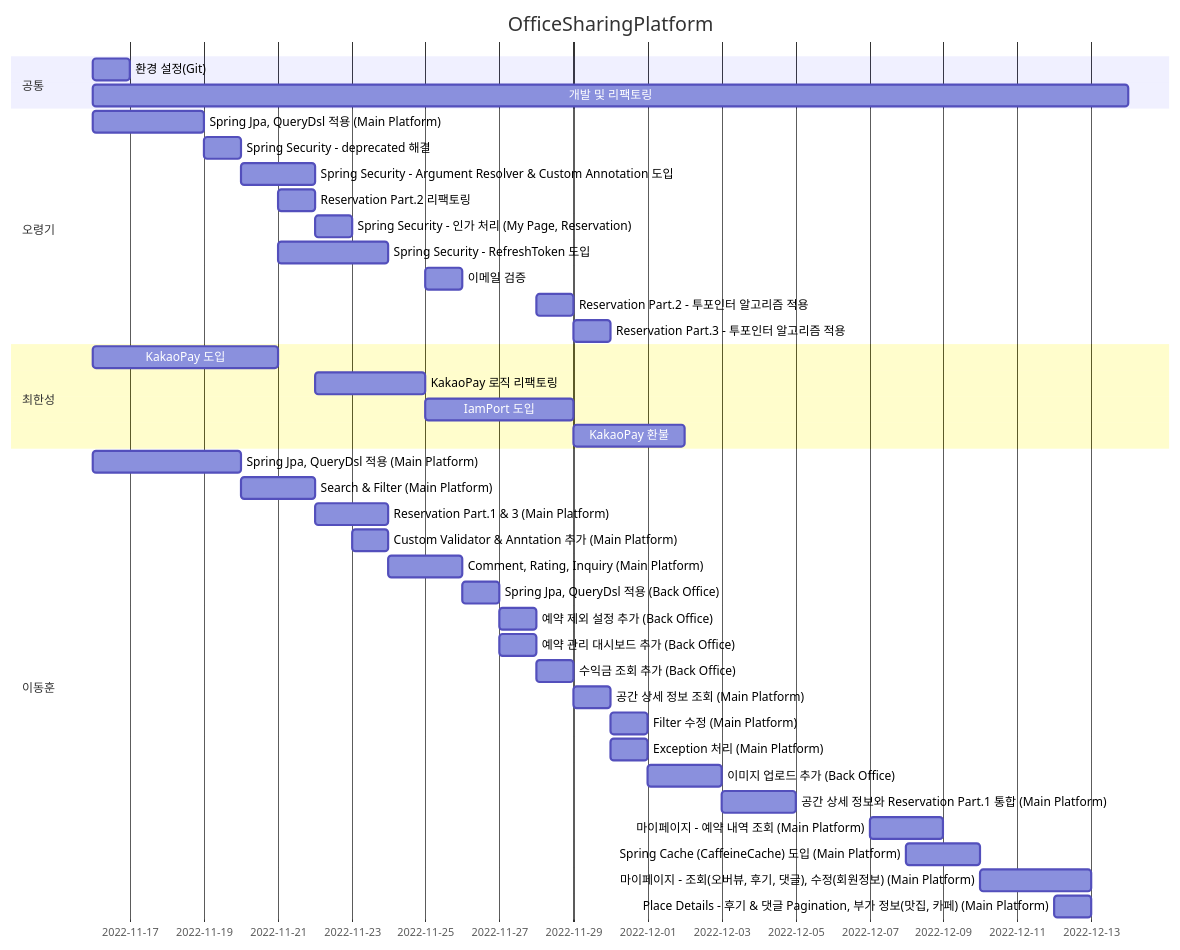
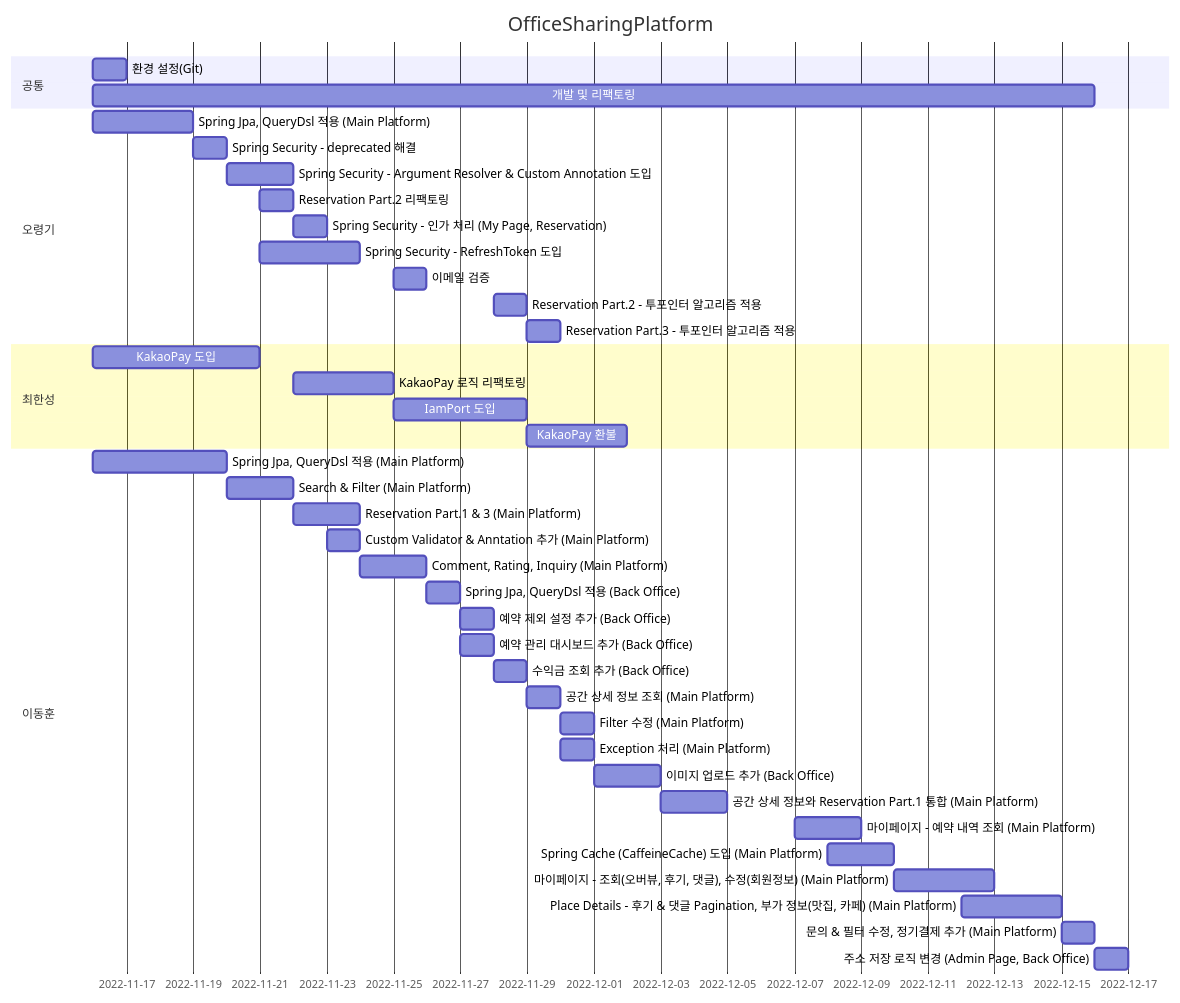
One commit to Hell-O-Demon-World/PlaceSharingPlatformBETest changed the diagram in README.md. Above: the diagram before and after it, drawn with Mermaid. The commit also changed 5 other files, not shown here.

````diff
--- a/README.md
+++ b/README.md
@@ -11,48 +11,49 @@
 ```mermaid
 gantt
 dateFormat MM-DD
 title OfficeSharingPlatform
 
     section 공통
     환경 설정(Git)             :chap1, 11-16, 1d
-    개발 및 리팩토링             :chap2, 11-16, 12-14
+    개발 및 리팩토링             :chap2, 11-16, 12-16
 
     section 오령기
     Spring Jpa, QueryDsl 적용 (Main Platform)                     : chap1, 11-16, 3d
     Spring Security - deprecated 해결                             : chap2, 11-19, 1d
     Spring Security - Argument Resolver & Custom Annotation 도입  : chap3, 11-20, 2d
     Reservation Part.2 리팩토링                                    : chap4, 11-21, 1d
     Spring Security -  인가 처리 (My Page, Reservation)            : chap5, 11-22, 1d
     Spring Security - RefreshToken 도입                           : chap6, 11-21, 3d
     이메일 검증                                                     : chap7, 11-25, 1d
     Reservation Part.2 - 투포인터 알고리즘 적용                        : chap8, 11-28, 1d
     Reservation Part.3 - 투포인터 알고리즘 적용                        : chap8, 11-29, 1d
 
     section 최한성
     KakaoPay 도입        : chap1, 11-16, 5d
     KakaoPay 로직 리팩토링 : chap2, 11-22, 3d
     IamPort 도입         : chap3, 11-25, 4d
     KakaoPay 환불        : chap4, 11-29, 3d
     
     section 이동훈
     Spring Jpa, QueryDsl 적용 (Main Platform)                                : chap1, 11-16, 4d
     Search & Filter (Main Platform)                                         : chap2, 11-20, 2d
     Reservation Part.1 & 3 (Main Platform)                                  : chap3, 11-22, 2d
     Custom Validator & Anntation 추가 (Main Platform)                        : chap4, 11-23, 1d
     Comment, Rating, Inquiry (Main Platform)                                : chap5, 11-24, 2d
     Spring Jpa, QueryDsl 적용 (Back Office)                                  : chap6, 11-26, 1d
     예약 제외 설정 추가 (Back Office)                                            : chap7, 11-27, 1d
     예약 관리 대시보드 추가 (Back Office)                                         : chap8, 11-27, 1d
     수익금 조회 추가 (Back Office)                                              : chap9, 11-28, 1d
     공간 상세 정보 조회 (Main Platform)                                          : chap10, 11-29, 1d
     Filter 수정 (Main Platform)                                              : chap11, 11-30, 1d
     Exception 처리 (Main Platform)                                           : chap12, 11-30, 1d
     이미지 업로드 추가 (Back Office)                                             : chap13, 12-01, 2d
     공간 상세 정보와 Reservation Part.1 통합 (Main Platform)                      : chap14, 12-03, 2d
     마이페이지  - 예약 내역 조회 (Main Platform)                                   : chap15, 12-07, 2d
     Spring Cache (CaffeineCache) 도입 (Main Platform)                         : chap16, 12-08, 2d
     마이페이지 - 조회(오버뷰, 후기, 댓글), 수정(회원정보) (Main Platform)                : chap17, 12-10, 3d
-    Place Details - 후기 & 댓글 Pagination, 부가 정보(맛집, 카페) (Main Platform)   : chap18, 12-12, 1d
-
+    Place Details - 후기 & 댓글 Pagination, 부가 정보(맛집, 카페) (Main Platform)   : chap18, 12-12, 3d
+    문의 & 필터 수정, 정기결제 추가 (Main Platform)                                 : chap19, 12-15, 1d
+    주소 저장 로직 변경 (Admin Page, Back Office)                                : chap20, 12-16, 1d
 
 ```
````
